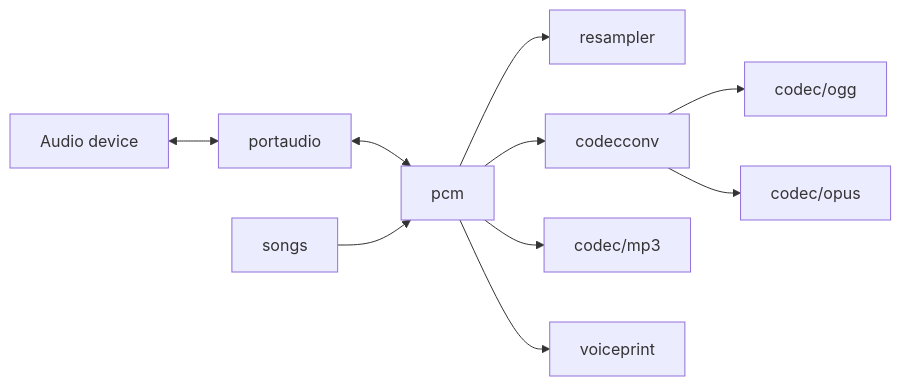
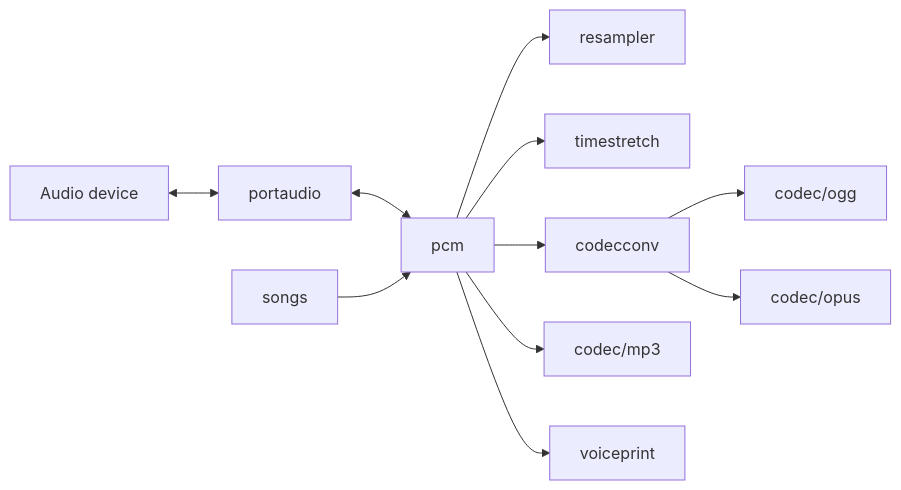
The diagram in guides/en/developing/audio/overview.md (GizClaw/gizclaw), drawn with Mermaid before and after one commit. The commit also changed other lines of this file and 76 other files, not shown here.

````diff
--- a/guides/en/developing/audio/overview.md
+++ b/guides/en/developing/audio/overview.md
@@ -23,12 +24,13 @@
 ```mermaid
 flowchart LR
     Device["Audio device"] <--> PortAudio["portaudio"]
     PortAudio <--> PCM["pcm"]
     PCM --> Resampler["resampler"]
+    PCM --> TimeStretch["timestretch"]
     PCM --> CodecConv["codecconv"]
     CodecConv --> Ogg["codec/ogg"]
     CodecConv --> Opus["codec/opus"]
     PCM --> MP3["codec/mp3"]
     PCM --> Voiceprint["voiceprint"]
     Songs["songs"] --> PCM
 ```
````
